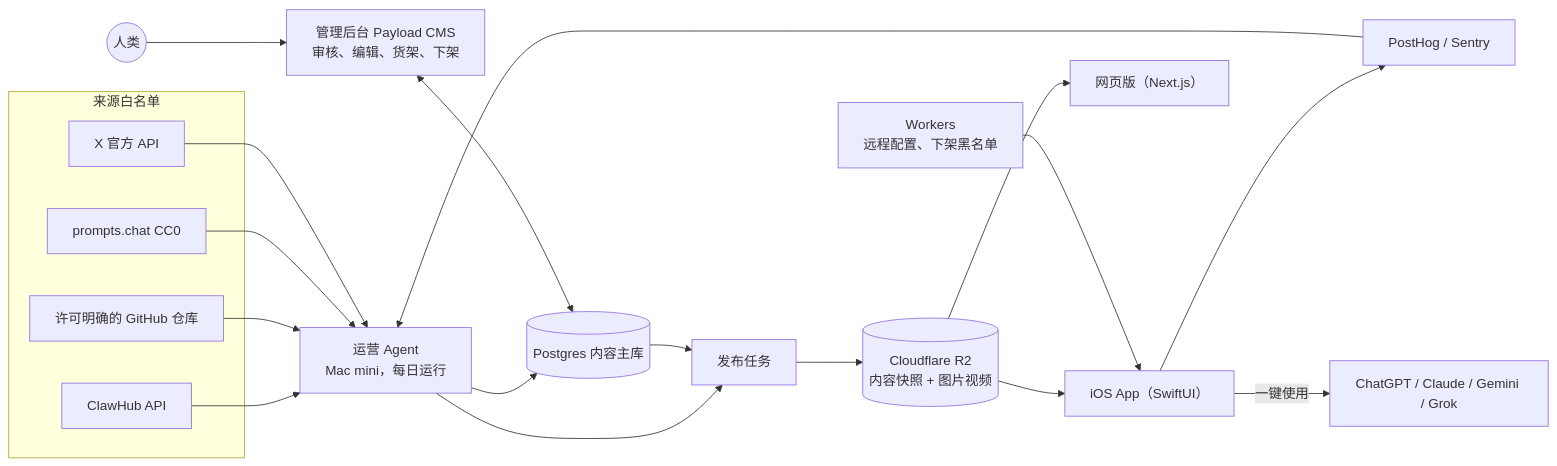
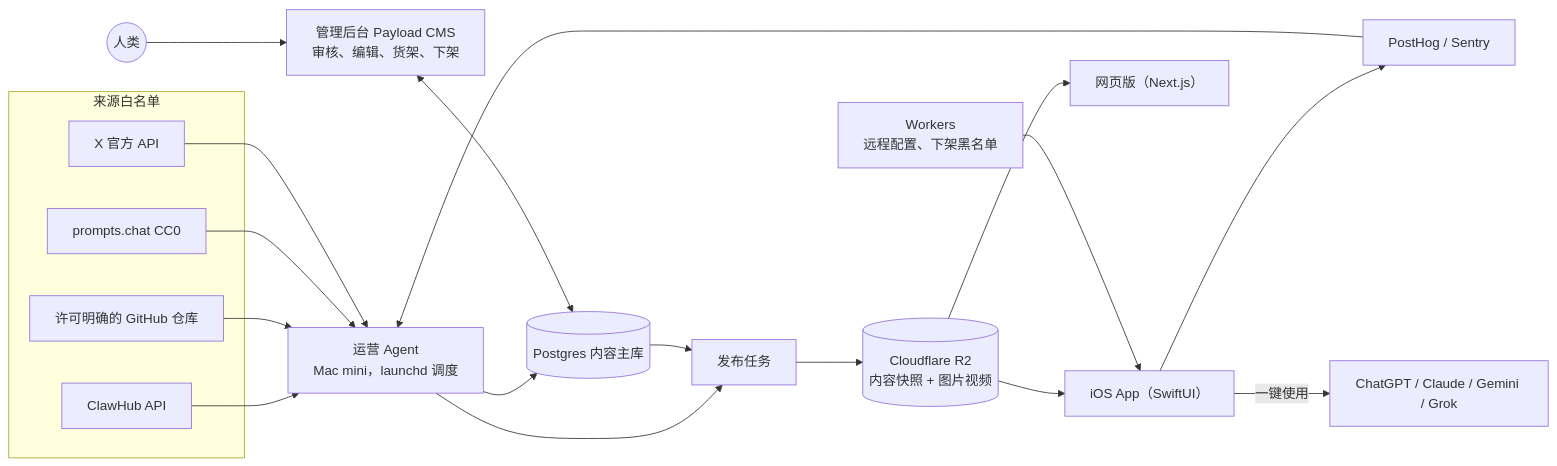
One commit to p697/prompix changed the diagram in docs/tech-plan.md. Above: the diagram before and after it, drawn with Mermaid. The commit also changed other lines of this file and 34 other files, not shown here.

````diff
--- a/docs/tech-plan.md
+++ b/docs/tech-plan.md
@@ -17,25 +16,25 @@
 ```mermaid
 flowchart LR
   subgraph 来源白名单
     S1[ClawHub API]
     S2[许可明确的 GitHub 仓库]
     S3[prompts.chat CC0]
     S4[X 官方 API]
   end
   S1 --> AG
   S2 --> AG
   S3 --> AG
   S4 --> AG
-  AG[运营 Agent<br/>Mac mini，每日运行] --> DB[(Postgres 内容主库)]
+  AG[运营 Agent<br/>Mac mini，launchd 调度] --> DB[(Postgres 内容主库)]
   ADMIN[管理后台 Payload CMS<br/>审核、编辑、货架、下架] <--> DB
   HUMAN((人类)) --> ADMIN
   AG --> PUB[发布任务]
   DB --> PUB
   PUB --> R2[(Cloudflare R2<br/>内容快照 + 图片视频)]
   R2 --> IOS[iOS App（SwiftUI）]
   R2 --> WEB[网页版（Next.js）]
   CFG[Workers<br/>远程配置、下架黑名单] --> IOS
   IOS --> MON[PostHog / Sentry]
   MON --> AG
   IOS -->|一键使用| AI[ChatGPT / Claude / Gemini / Grok]
 ```
````
